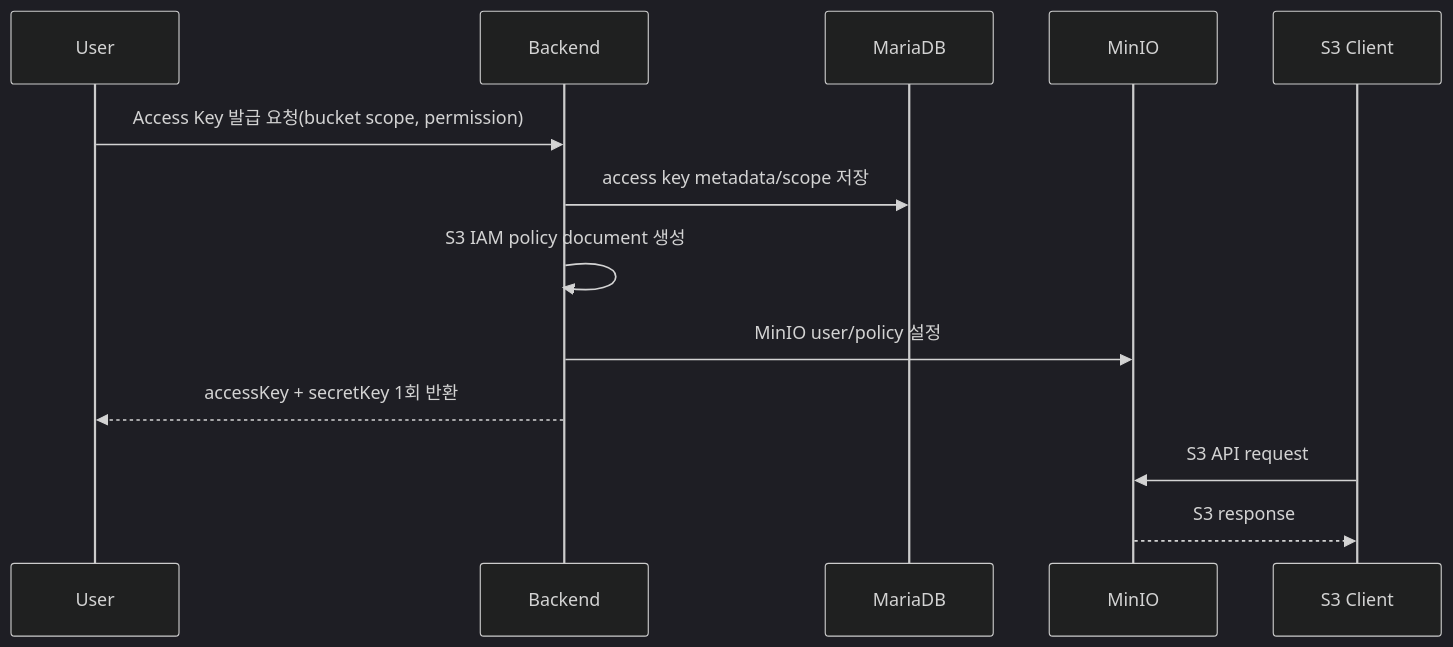
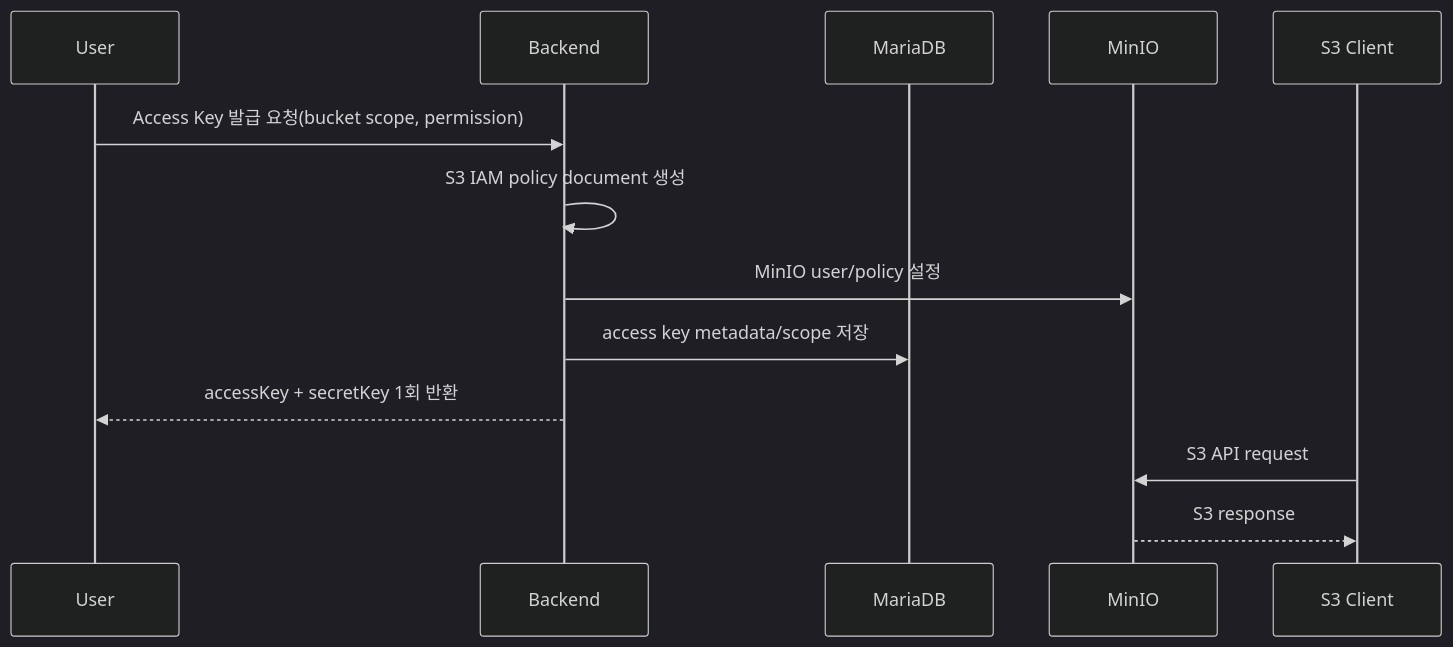
One commit to chefbeom/object-storage-osmu changed the sixth of 6 diagrams in dev-docs/system-architecture.md. Above: the diagram before and after it, drawn with Mermaid (dark theme). The commit also changed other lines of this file and 6 other files, not shown here.

Commit message:
[Backend][S][D]: access key provisioning recovery 보강

````diff
--- a/dev-docs/system-architecture.md
+++ b/dev-docs/system-architecture.md
@@ -363,16 +363,16 @@
 ```mermaid
 sequenceDiagram
     participant U as User
     participant B as Backend
     participant M as MariaDB
     participant S as MinIO
     participant C as S3 Client
 
     U->>B: Access Key 발급 요청(bucket scope, permission)
-    B->>M: access key metadata/scope 저장
     B->>B: S3 IAM policy document 생성
     B->>S: MinIO user/policy 설정
+    B->>M: access key metadata/scope 저장
     B-->>U: accessKey + secretKey 1회 반환
     C->>S: S3 API request
     S-->>C: S3 response
 ```
````
